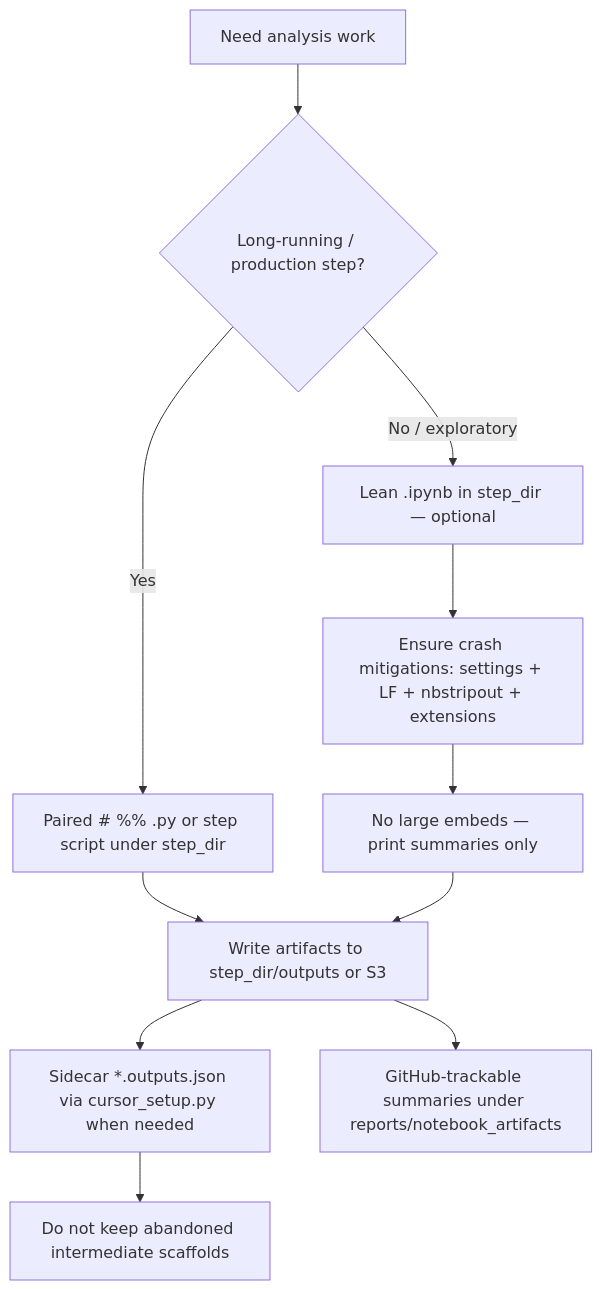
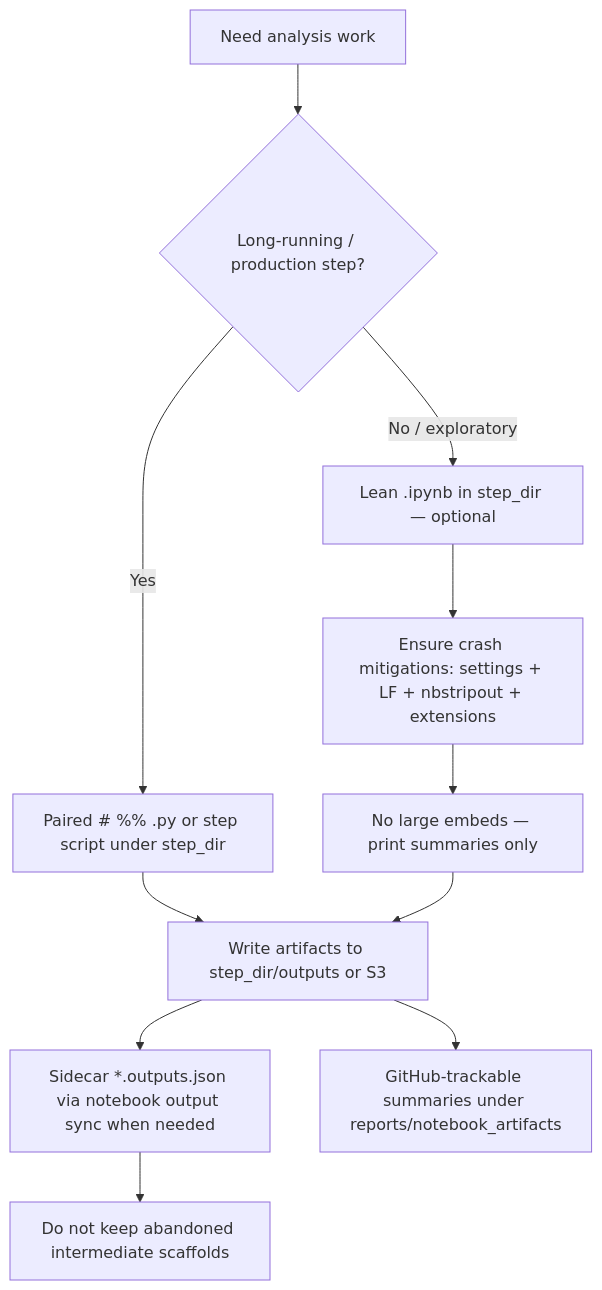
The diagram in docs/NotebookDevelopmentWorkflow.md (Jerome3590/pgx-analysis), drawn with Mermaid before and after one commit. The commit also changed other lines of this file and 6 other files, not shown here.

````diff
--- a/docs/NotebookDevelopmentWorkflow.md
+++ b/docs/NotebookDevelopmentWorkflow.md
@@ -23,13 +19,13 @@
 ```mermaid
 flowchart TD
     A[Need analysis work] --> B{Long-running / production step?}
     B -->|Yes| C[Paired # %% .py or step script under step_dir]
     B -->|No / exploratory| D[Lean .ipynb in step_dir — optional]
     C --> E[Write artifacts to step_dir/outputs or S3]
     D --> F[Ensure crash mitigations: settings + LF + nbstripout + extensions]
     F --> G[No large embeds — print summaries only]
     G --> E
-    E --> H[Sidecar *.outputs.json via cursor_setup.py when needed]
+    E --> H[Sidecar *.outputs.json via notebook output sync when needed]
     E --> I[GitHub-trackable summaries under reports/notebook_artifacts]
     H --> J[Do not keep abandoned intermediate scaffolds]
 ```
````
